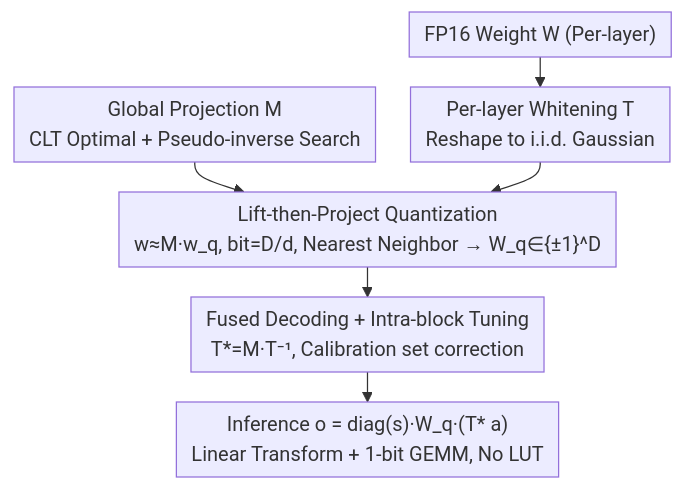
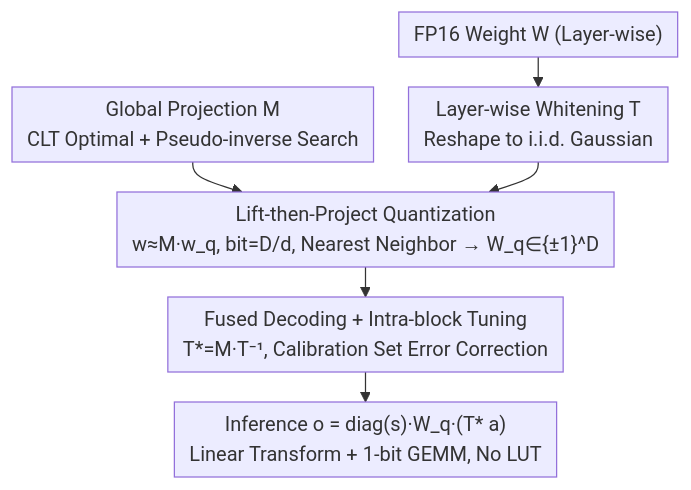
Before and after one commit to zhaoyang97/Paper-Notes-en: the diagram in docs/ICML2026/model_compression/liftquant_continuous_bit-width_llm_via_dimensional_lifting_and_projection.md, drawn with Mermaid. The commit also changed other lines of this file and 5084 other files, not shown here.

````diff
--- a/docs/ICML2026/model_compression/liftquant_continuous_bit-width_llm_via_dimensional_lifting_and_projection.md
+++ b/docs/ICML2026/model_compression/liftquant_continuous_bit-width_llm_via_dimensional_lifting_and_projection.md
@@ -45,9 +45,9 @@
 ```mermaid
 %%{init: {'flowchart': {'rankSpacing': 24, 'nodeSpacing': 28, 'padding': 6, 'wrappingWidth': 400}}}%%
 flowchart TD
-    A["FP16 Weight W (Per-layer)"] --> T["Per-layer Whitening T<br/>Reshape to i.i.d. Gaussian"]
+    A["FP16 Weight W (Layer-wise)"] --> T["Layer-wise Whitening T<br/>Reshape to i.i.d. Gaussian"]
     M["Global Projection M<br/>CLT Optimal + Pseudo-inverse Search"] --> Q
     T --> Q["Lift-then-Project Quantization<br/>w≈M·w_q, bit=D/d, Nearest Neighbor → W_q∈{±1}^D"]
-    Q --> F["Fused Decoding + Intra-block Tuning<br/>T*=M·T⁻¹, Calibration set correction"]
+    Q --> F["Fused Decoding + Intra-block Tuning<br/>T*=M·T⁻¹, Calibration Set Error Correction"]
     F --> O["Inference o = diag(s)·W_q·(T* a)<br/>Linear Transform + 1-bit GEMM, No LUT"]
 ```
````
